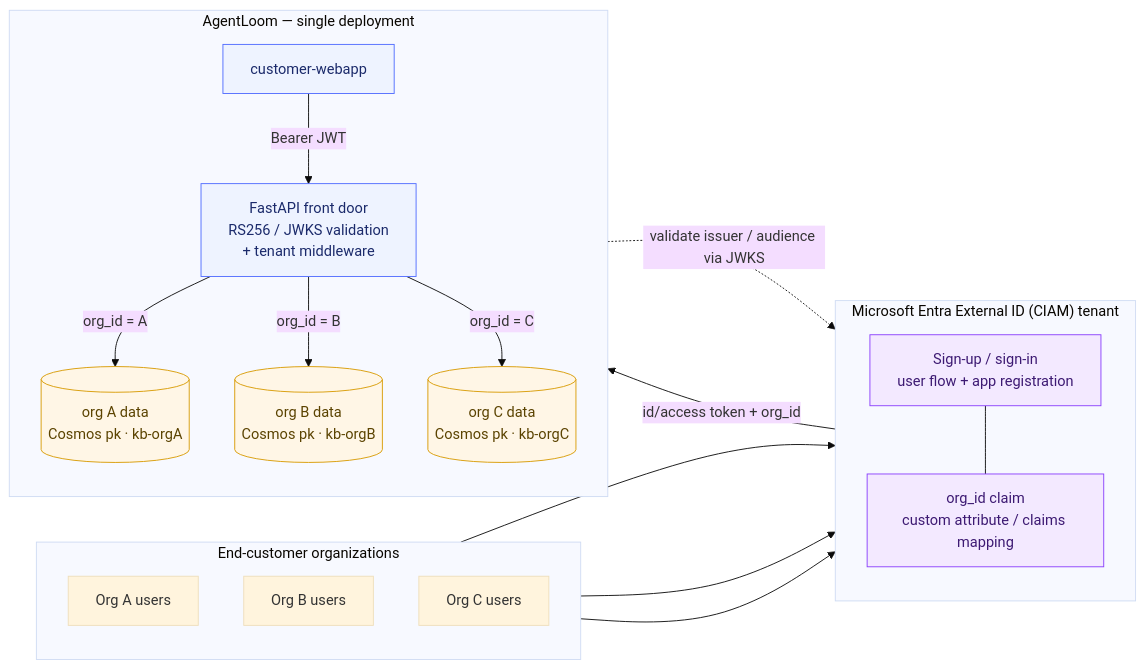
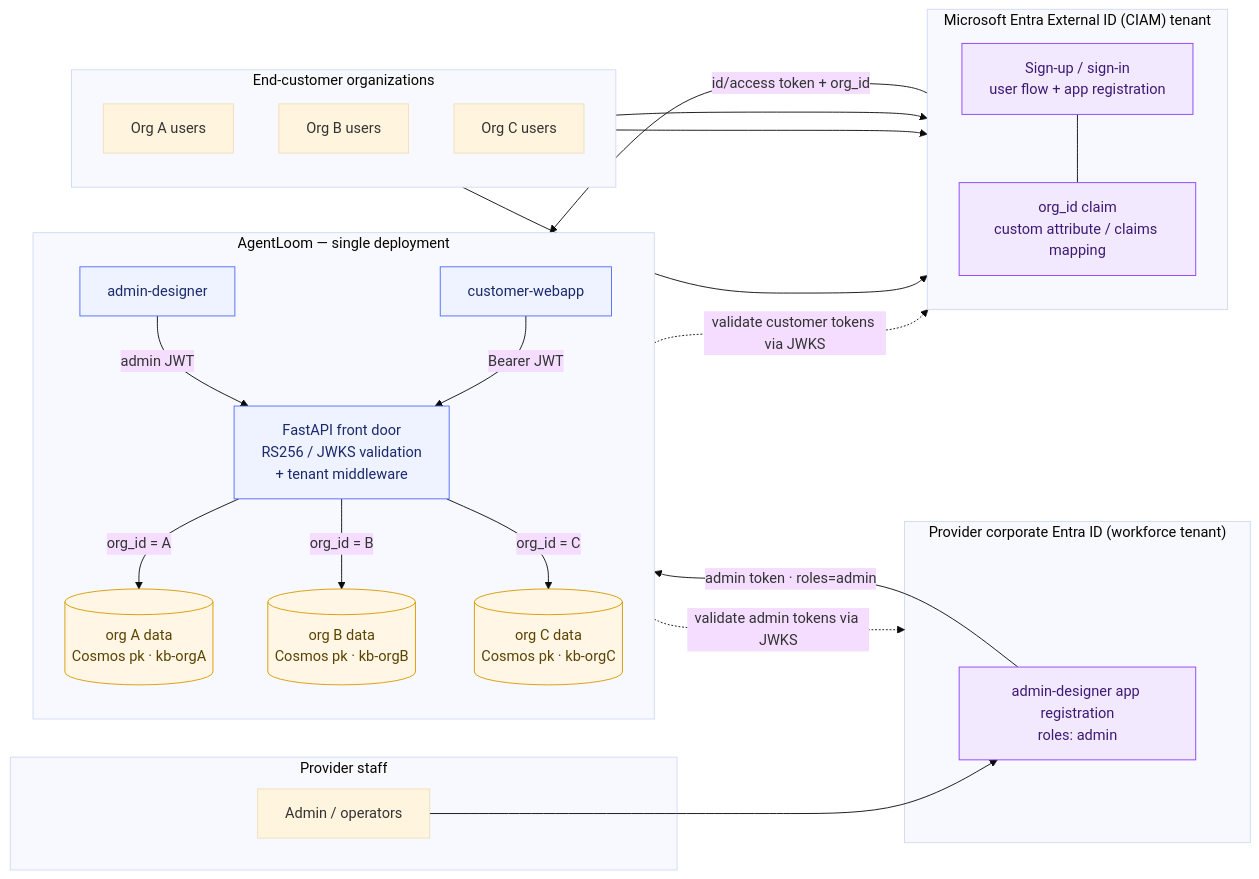
One commit to pietrobr/agent-loom changed the second of 2 diagrams in README.md. Above: the diagram before and after it, drawn with Mermaid (base theme). The commit also changed other lines of this file, not shown here.

Commit message:
feat: Enhance README to clarify identity provider roles and token validation for admin and customer access

````diff
--- a/README.md
+++ b/README.md
@@ -120,42 +128,55 @@
 ```mermaid
 flowchart LR
+    subgraph Admins["Provider staff"]
+      OPS["Admin / operators"]
+    end
     subgraph Orgs["End-customer organizations"]
       direction TB
       UA["Org A users"]
       UB["Org B users"]
       UC["Org C users"]
+    end
+
+    subgraph WF["Provider corporate Entra ID (workforce tenant)"]
+      ADAPP["admin-designer app registration<br/>roles: admin"]
     end
 
     subgraph CIAM["Microsoft Entra External ID (CIAM) tenant"]
       direction TB
       UF["Sign-up / sign-in<br/>user flow + app registration"]
       CLAIM["org_id claim<br/>custom attribute / claims mapping"]
       UF --- CLAIM
     end
 
     subgraph Deploy["AgentLoom — single deployment"]
       direction TB
+      AD["admin-designer"]
       FE["customer-webapp"]
       API["FastAPI front door<br/>RS256 / JWKS validation<br/>+ tenant middleware"]
       DA[("org A data<br/>Cosmos pk · kb-orgA")]
       DB[("org B data<br/>Cosmos pk · kb-orgB")]
       DC[("org C data<br/>Cosmos pk · kb-orgC")]
     end
 
+    OPS --> ADAPP
     UA --> UF
     UB --> UF
     UC --> UF
+
+    ADAPP -- "admin token · roles=admin" --> AD
     CLAIM -- "id/access token + org_id" --> FE
+    AD -- "admin JWT" --> API
     FE -- "Bearer JWT" --> API
-    API -. "validate issuer / audience via JWKS" .-> CIAM
+    API -. "validate admin tokens via JWKS" .-> WF
+    API -. "validate customer tokens via JWKS" .-> CIAM
     API -- "org_id = A" --> DA
     API -- "org_id = B" --> DB
     API -- "org_id = C" --> DC
 
     classDef store fill:#fff6e6,stroke:#d89a00,color:#5b4300;
     classDef compute fill:#eef3ff,stroke:#4F6BFF,color:#1b2a6b;
     classDef idp fill:#f3e9ff,stroke:#8a3ffc,color:#3d1a73;
     class DA,DB,DC store;
-    class FE,API compute;
-    class UF,CLAIM idp;
+    class AD,FE,API compute;
+    class UF,CLAIM,ADAPP idp;
 ```
````
